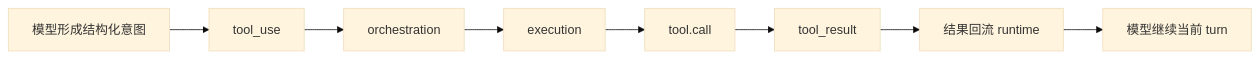
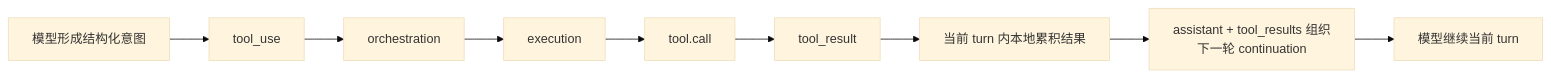
One commit to T0UGH/claude-code-source-guide changed the diagram in docs/guidebookv2/volume-1/04-how-intent-becomes-execution.md. Above: the diagram before and after it, drawn with Mermaid (base theme). The commit also changed other lines of this file and 2 other files, not shown here.

Commit message:
clarify volume-1 execution restore and diagram semantics

````diff
--- a/docs/guidebookv2/volume-1/04-how-intent-becomes-execution.md
+++ b/docs/guidebookv2/volume-1/04-how-intent-becomes-execution.md
@@ -48,10 +48,11 @@
 ```mermaid
 flowchart LR
     M[模型形成结构化意图] --> TU[tool_use]
     TU --> O[orchestration]
     O --> E[execution]
     E --> C[tool.call]
     C --> R[tool_result]
-    R --> RT[结果回流 runtime]
+    R --> A[当前 turn 内本地累积结果]
+    A --> RT[assistant + tool_results 组织下一轮 continuation]
     RT --> M2[模型继续当前 turn]
 ```
````
